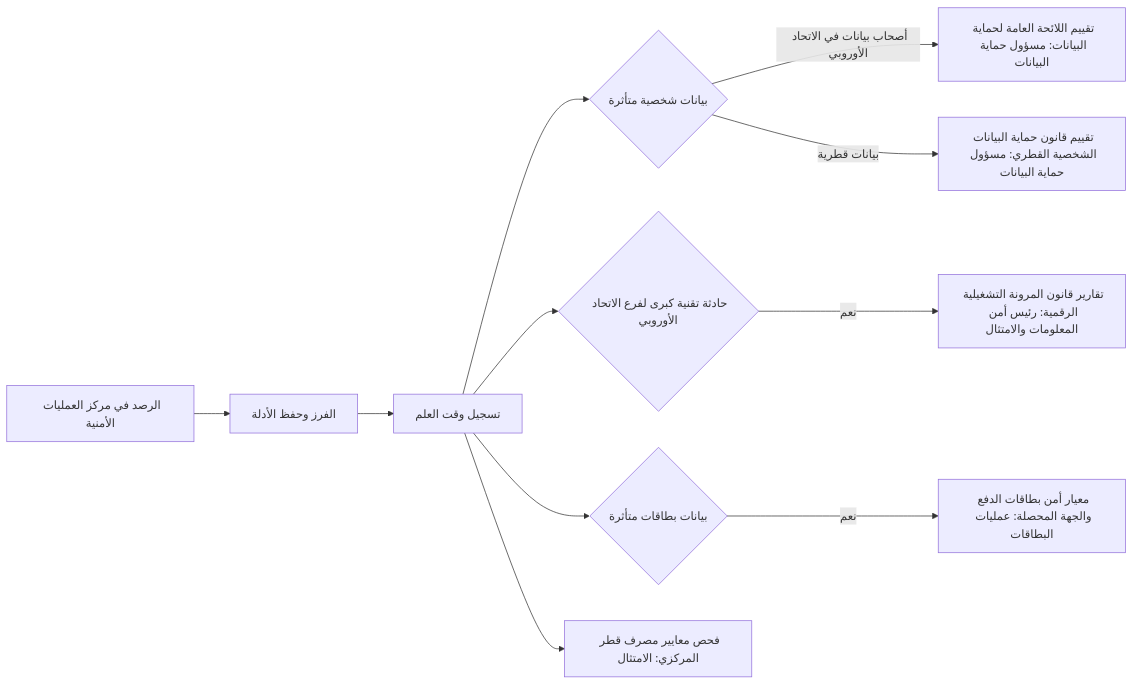
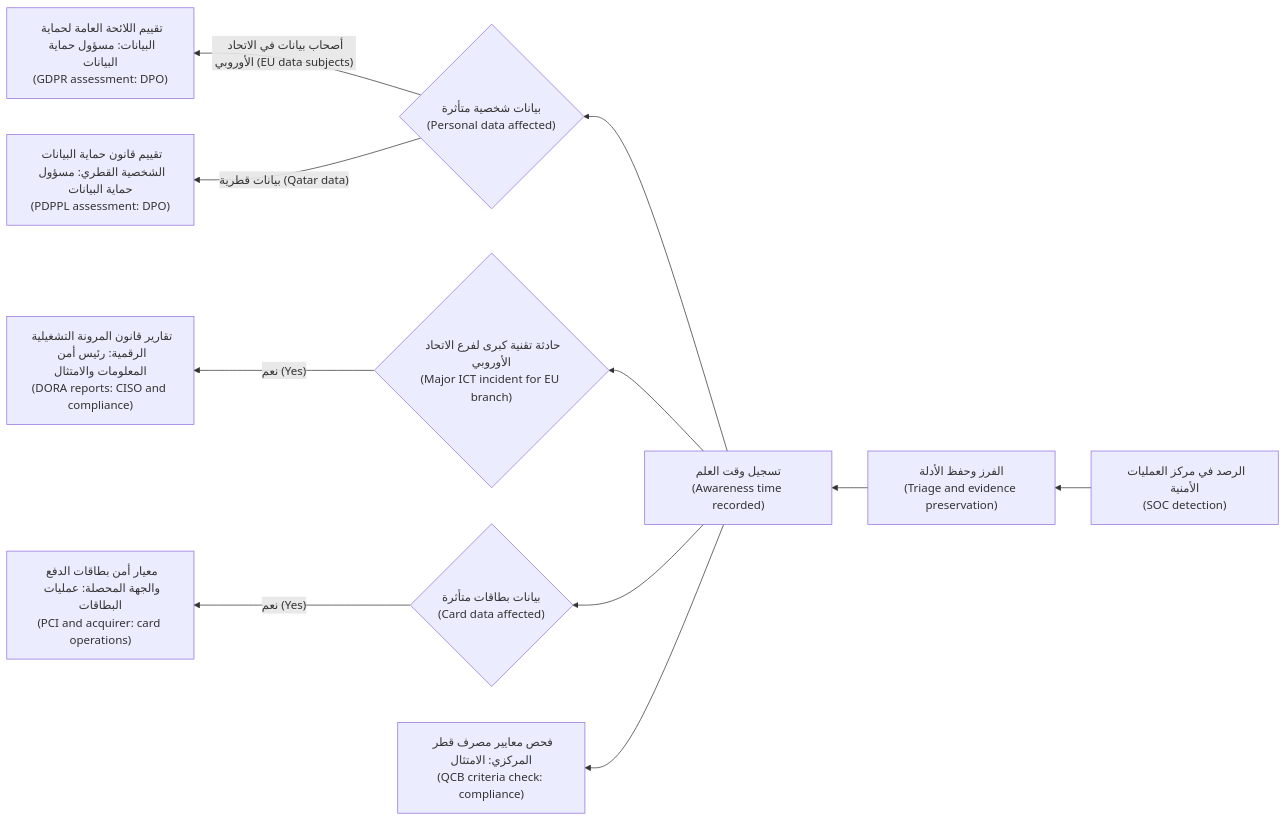
Before and after one commit to Tamoura/system-design-for-vibe-coders: the second of 3 diagrams in secai/modules/11-governance.ar.md, drawn with Mermaid. The commit also changed other lines of this file and 11 other files, not shown here.

First line of the commit message:
Security course: Arabic modules 10–11 reviewed; RTL diagrams with English labels for modules 0–11

````diff
--- a/secai/modules/11-governance.ar.md
+++ b/secai/modules/11-governance.ar.md
@@ -305,13 +305,13 @@
 ```mermaid
-flowchart LR
-    D["الرصد في مركز العمليات الأمنية"] --> T["الفرز وحفظ الأدلة"]
-    T --> A["تسجيل وقت العلم"]
-    A --> P{"بيانات شخصية متأثرة"}
-    A --> M{"حادثة تقنية كبرى لفرع الاتحاد الأوروبي"}
-    A --> K{"بيانات بطاقات متأثرة"}
-    A --> S["فحص معايير مصرف قطر المركزي: الامتثال"]
-    P -->|"أصحاب بيانات في الاتحاد الأوروبي"| G["تقييم اللائحة العامة لحماية البيانات: مسؤول حماية البيانات"]
-    P -->|"بيانات قطرية"| Q["تقييم قانون حماية البيانات الشخصية القطري: مسؤول حماية البيانات"]
-    M -->|"نعم"| R["تقارير قانون المرونة التشغيلية الرقمية: رئيس أمن المعلومات والامتثال"]
-    K -->|"نعم"| C["معيار أمن بطاقات الدفع والجهة المحصلة: عمليات البطاقات"]
+flowchart RL
+    D["الرصد في مركز العمليات الأمنية<br/>(SOC detection)"] --> T["الفرز وحفظ الأدلة<br/>(Triage and evidence preservation)"]
+    T --> A["تسجيل وقت العلم<br/>(Awareness time recorded)"]
+    A --> P{"بيانات شخصية متأثرة<br/>(Personal data affected)"}
+    A --> M{"حادثة تقنية كبرى لفرع الاتحاد الأوروبي<br/>(Major ICT incident for EU branch)"}
+    A --> K{"بيانات بطاقات متأثرة<br/>(Card data affected)"}
+    A --> S["فحص معايير مصرف قطر المركزي: الامتثال<br/>(QCB criteria check: compliance)"]
+    P -->|"أصحاب بيانات في الاتحاد الأوروبي (EU data subjects)"| G["تقييم اللائحة العامة لحماية البيانات: مسؤول حماية البيانات<br/>(GDPR assessment: DPO)"]
+    P -->|"بيانات قطرية (Qatar data)"| Q["تقييم قانون حماية البيانات الشخصية القطري: مسؤول حماية البيانات<br/>(PDPPL assessment: DPO)"]
+    M -->|"نعم (Yes)"| R["تقارير قانون المرونة التشغيلية الرقمية: رئيس أمن المعلومات والامتثال<br/>(DORA reports: CISO and compliance)"]
+    K -->|"نعم (Yes)"| C["معيار أمن بطاقات الدفع والجهة المحصلة: عمليات البطاقات<br/>(PCI and acquirer: card operations)"]
 ```
````
